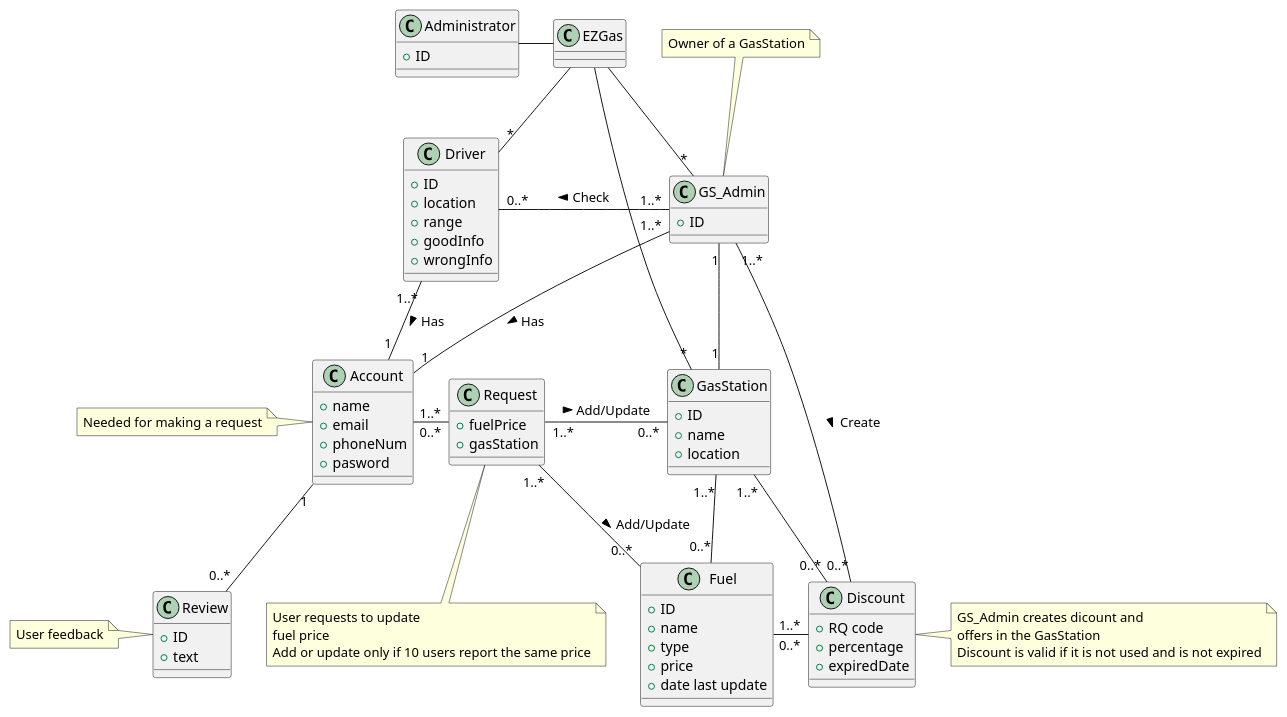
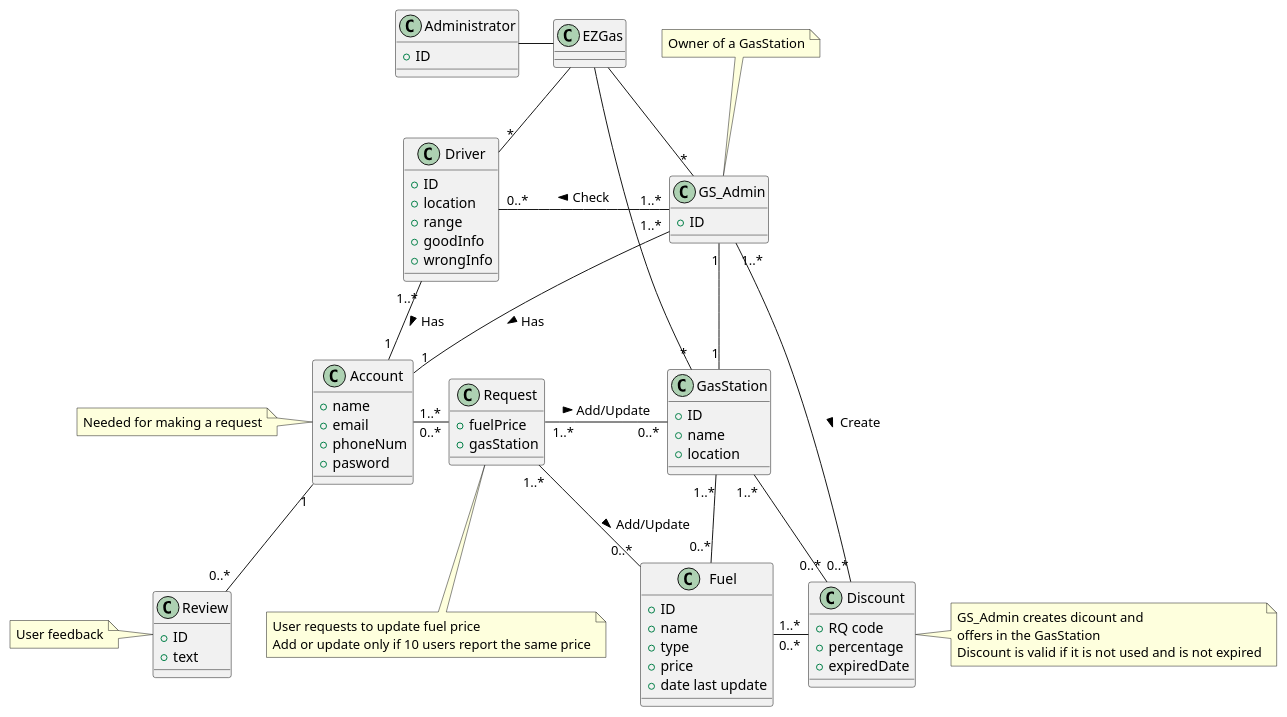
Before and after one commit to LucaOddoneSE/EZGas: the second of 2 diagrams in docs/RequirementsDocument.md, drawn with PlantUML.

Commit message:
Docs: update user cases and glossary

```diff
--- a/docs/RequirementsDocument.md
+++ b/docs/RequirementsDocument.md
@@ -389,8 +389,7 @@
 
 note left of Account : Needed for making a request
 
-note bottom of Request : User requests to update \n\
-fuel price \n\
+note bottom of Request : User requests to update fuel price \n\
 Add or update only if 10 users report the same price
 
 note left of Review : User feedback
```
